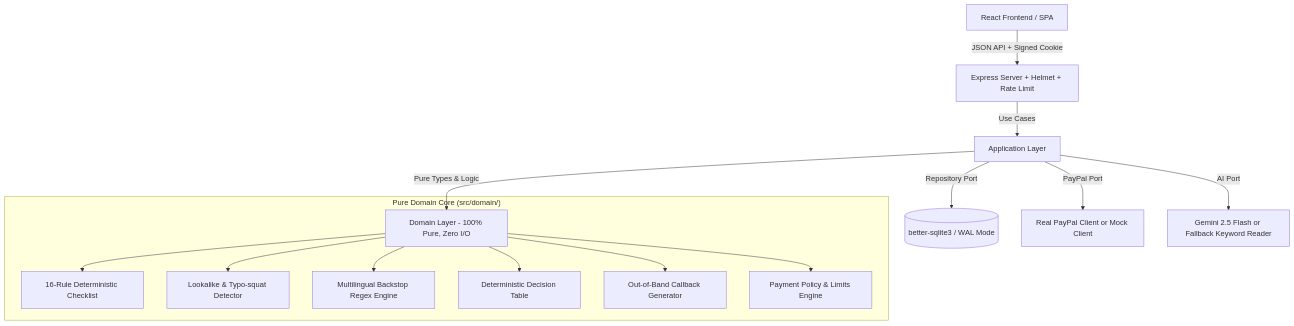
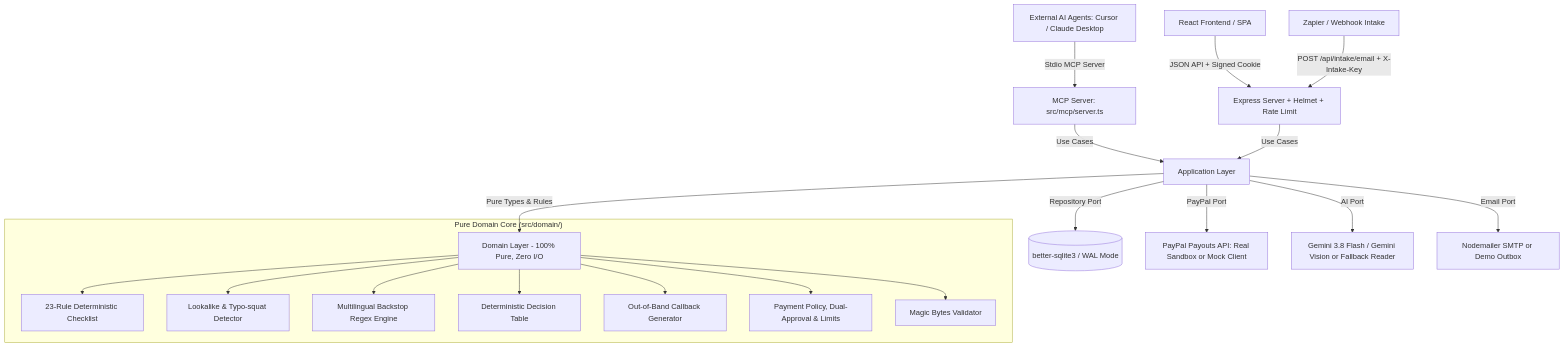
Before and after one commit to NPushpanjali-30/PayGuard-Agent: the diagram in README.md, drawn with Mermaid. The commit also changed other lines of this file and 71 other files, not shown here.

````diff
--- a/README.md
+++ b/README.md
@@ -37,18 +48,24 @@
 ```mermaid
 graph TD
     Client[React Frontend / SPA] -->|JSON API + Signed Cookie| Server[Express Server + Helmet + Rate Limit]
-    Server -->|Use Cases| Application[Application Layer]
-    Application -->|Pure Types & Logic| Domain[Domain Layer - 100% Pure, Zero I/O]
+    Zapier[Zapier / Webhook Intake] -->|POST /api/intake/email + X-Intake-Key| Server
+    MCPAgents[External AI Agents: Cursor / Claude Desktop] -->|Stdio MCP Server| MCPServer[MCP Server: src/mcp/server.ts]
+    MCPServer -->|Use Cases| Application[Application Layer]
+    Server -->|Use Cases| Application
+    
+    Application -->|Pure Types & Rules| Domain[Domain Layer - 100% Pure, Zero I/O]
     Application -->|Repository Port| SqliteRepo[(better-sqlite3 / WAL Mode)]
-    Application -->|PayPal Port| PayPalAdapter[Real PayPal Client or Mock Client]
-    Application -->|AI Port| AIAdapter[Gemini 2.5 Flash or Fallback Keyword Reader]
+    Application -->|PayPal Port| PayPalAdapter[PayPal Payouts API: Real Sandbox or Mock Client]
+    Application -->|AI Port| AIAdapter[Gemini 3.8 Flash / Gemini Vision or Fallback Reader]
+    Application -->|Email Port| EmailAdapter[Nodemailer SMTP or Demo Outbox]
 
     subgraph "Pure Domain Core (src/domain/)"
-        Domain --> Rules[16-Rule Deterministic Checklist]
+        Domain --> Rules[23-Rule Deterministic Checklist]
         Domain --> Lookalike[Lookalike & Typo-squat Detector]
         Domain --> Backstop[Multilingual Backstop Regex Engine]
         Domain --> DecisionTable[Deterministic Decision Table]
         Domain --> Callback[Out-of-Band Callback Generator]
-        Domain --> Policy[Payment Policy & Limits Engine]
+        Domain --> Policy[Payment Policy, Dual-Approval & Limits]
+        Domain --> Attachments[Magic Bytes Validator]
     end
 ```
````
